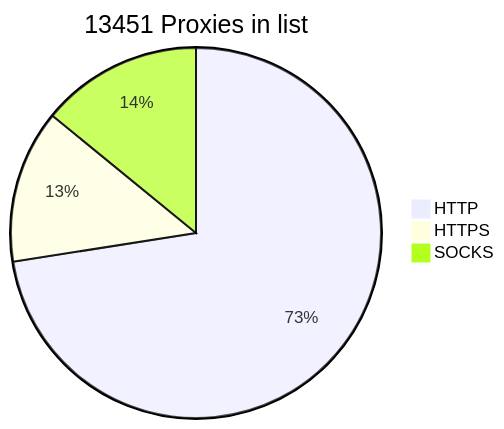
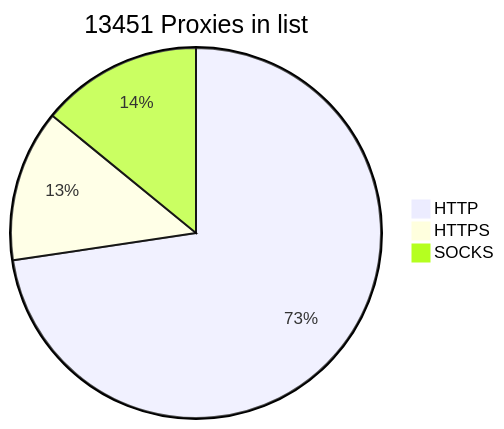
Before and after one commit to BlackSnowDot/proxylist-update-every-minute: the diagram in README.md, drawn with Mermaid.

````diff
--- a/README.md
+++ b/README.md
@@ -2,6 +2,6 @@
 ```mermaid
 pie title 13451 Proxies in list
-    "HTTP" : 10280
-    "HTTPS": 1897
+    "HTTP" : 10296
+    "HTTPS": 1880
     "SOCKS" : 1998
 ```
````
